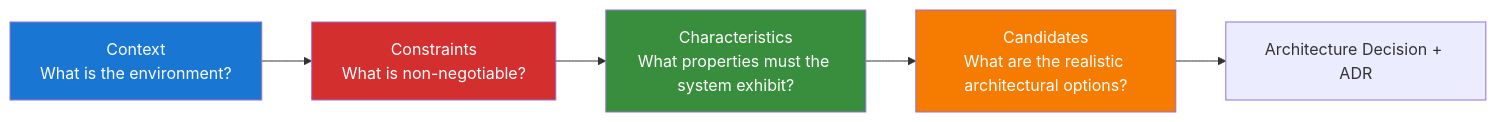
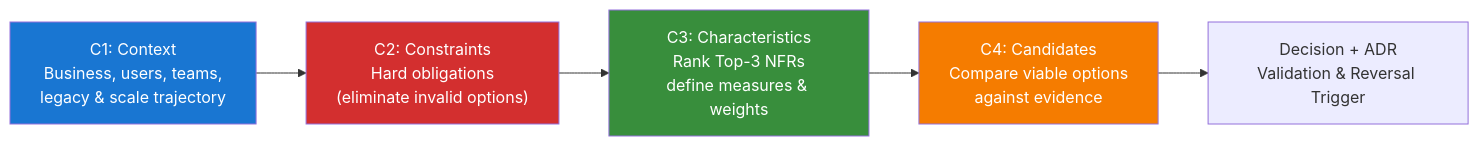
The diagram in docs/03.02-four-cs-architecture.md (nitinkc/PrincipalEngineer_InterviewGuide), drawn with Mermaid before and after one commit. The commit also changed other lines of this file and 27 other files, not shown here.

````diff
--- a/docs/03.02-four-cs-architecture.md
+++ b/docs/03.02-four-cs-architecture.md
@@ -12,12 +25,12 @@
 ```mermaid
 graph LR
-    C1[Context\nWhat is the environment?] --> C2[Constraints\nWhat is non-negotiable?]
-    C2 --> C3[Characteristics\nWhat properties must the system exhibit?]
-    C3 --> C4[Candidates\nWhat are the realistic architectural options?]
-    C4 --> Decision[Architecture Decision + ADR]
+    C1["C1: Context<br/>Business, users, teams,<br/>legacy & scale trajectory"] --> C2["C2: Constraints<br/>Hard obligations<br/>(eliminate invalid options)"]
+    C2 --> C3["C3: Characteristics<br/>Rank Top-3 NFRs<br/>define measures & weights"]
+    C3 --> C4["C4: Candidates<br/>Compare viable options<br/>against evidence"]
+    C4 --> Decision["Decision + ADR<br/>Validation & Reversal Trigger"]
 
     style C1 fill:#1976D2,color:#fff
     style C2 fill:#D32F2F,color:#fff
     style C3 fill:#388E3C,color:#fff
     style C4 fill:#F57C00,color:#fff
 ```
````
